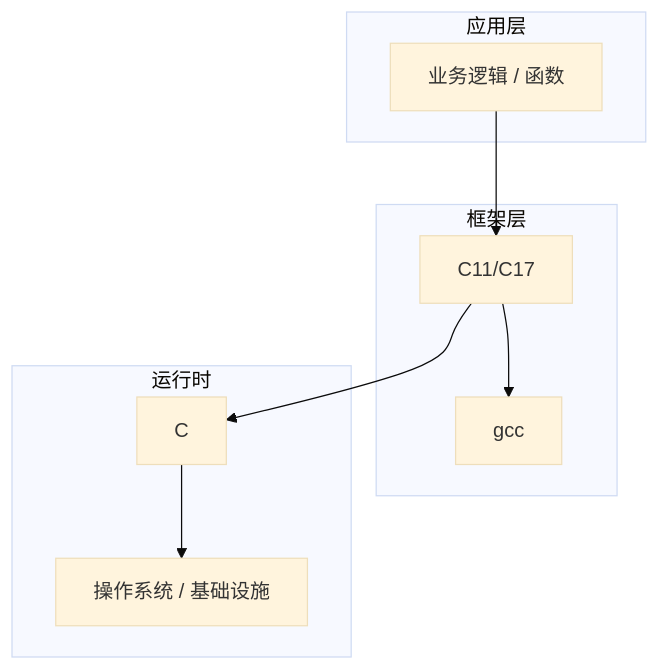
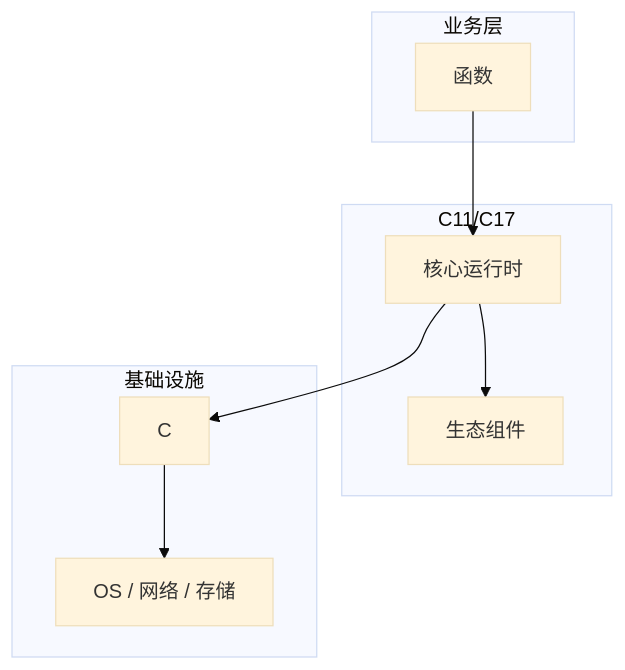
Before and after one commit to yanggan2015/knowledge-json-v2: the diagram in articles/C语言/chapters/040-函数核心概念与原理.md, drawn with Mermaid (base theme). The commit also changed other lines of this file and 10127 other files, not shown here.

````diff
--- a/articles/C语言/chapters/040-函数核心概念与原理.md
+++ b/articles/C语言/chapters/040-函数核心概念与原理.md
@@ -45,18 +34,18 @@
 ```mermaid
 graph TB
-    subgraph 应用层
-        A[业务逻辑 / 函数]
+    subgraph 业务层
+        A[函数]
     end
-    subgraph 框架层
-        B[C11/C17]
-        C[gcc]
+    subgraph C11/C17
+        B[核心运行时]
+        C[生态组件]
     end
-    subgraph 运行时
+    subgraph 基础设施
         D[C]
-        E[操作系统 / 基础设施]
+        E[OS / 网络 / 存储]
     end
     A --> B
     B --> C
     B --> D
     D --> E
 ```
````
